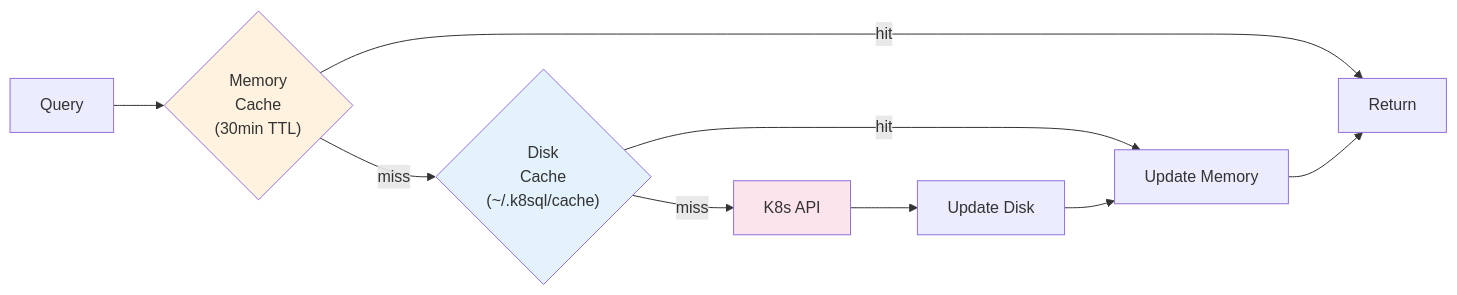
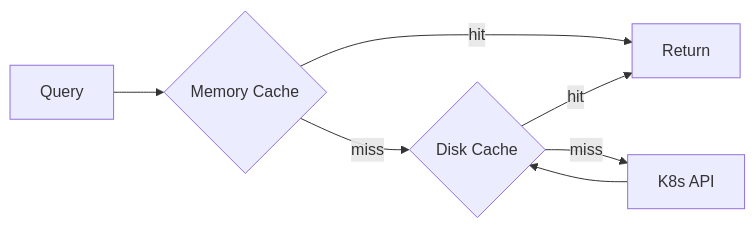
Before and after one commit to ndenev/k8sql: the third of 3 diagrams in ARCHITECTURE.md, drawn with Mermaid. The commit also changed other lines of this file, not shown here.

Commit message:
Simplify diagrams for better readability

````diff
--- a/ARCHITECTURE.md
+++ b/ARCHITECTURE.md
@@ -99,12 +71,8 @@
 ```mermaid
 flowchart LR
-    Query["Query"] --> MemCache{"Memory<br/>Cache<br/>(30min TTL)"}
-    MemCache -->|hit| Result["Return"]
-    MemCache -->|miss| DiskCache{"Disk<br/>Cache<br/>(~/.k8sql/cache)"}
-    DiskCache -->|hit| MemUpdate["Update Memory"] --> Result
-    DiskCache -->|miss| API["K8s API"] --> DiskUpdate["Update Disk"] --> MemUpdate
-
-    style MemCache fill:#fff3e0
-    style DiskCache fill:#e3f2fd
-    style API fill:#fce4ec
+    Query --> MemCache{Memory Cache}
+    MemCache -->|hit| Result[Return]
+    MemCache -->|miss| DiskCache{Disk Cache}
+    DiskCache -->|hit| Result
+    DiskCache -->|miss| API[K8s API] --> DiskCache
 ```
````
